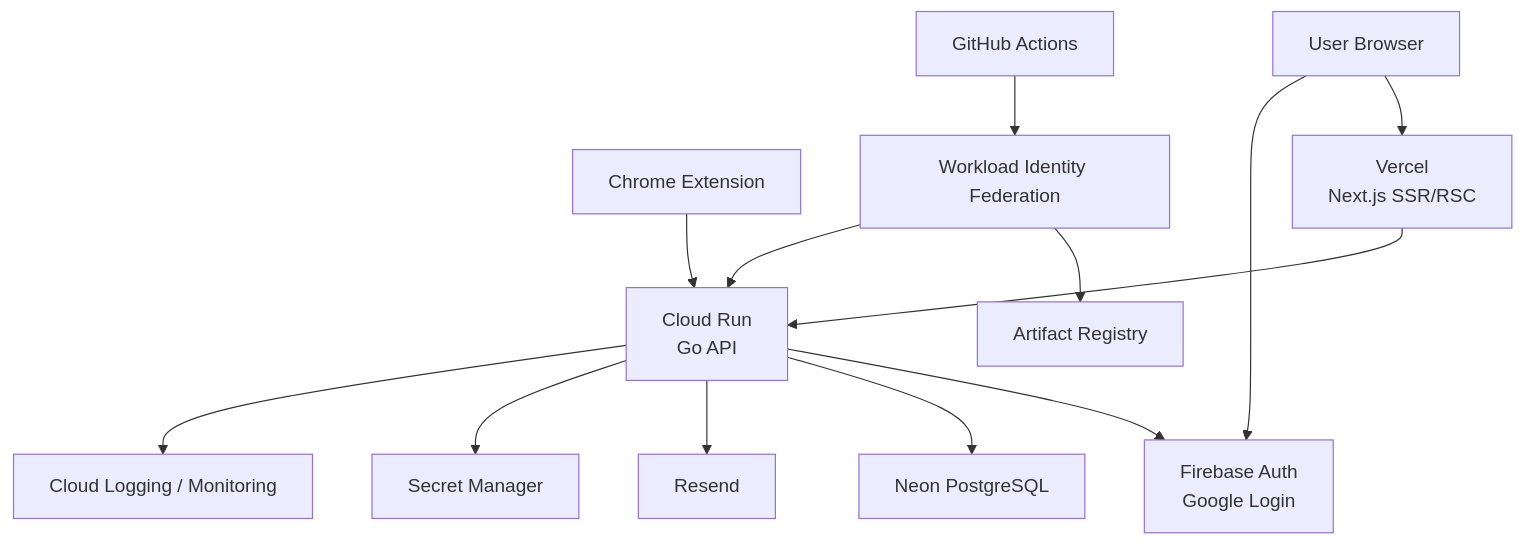
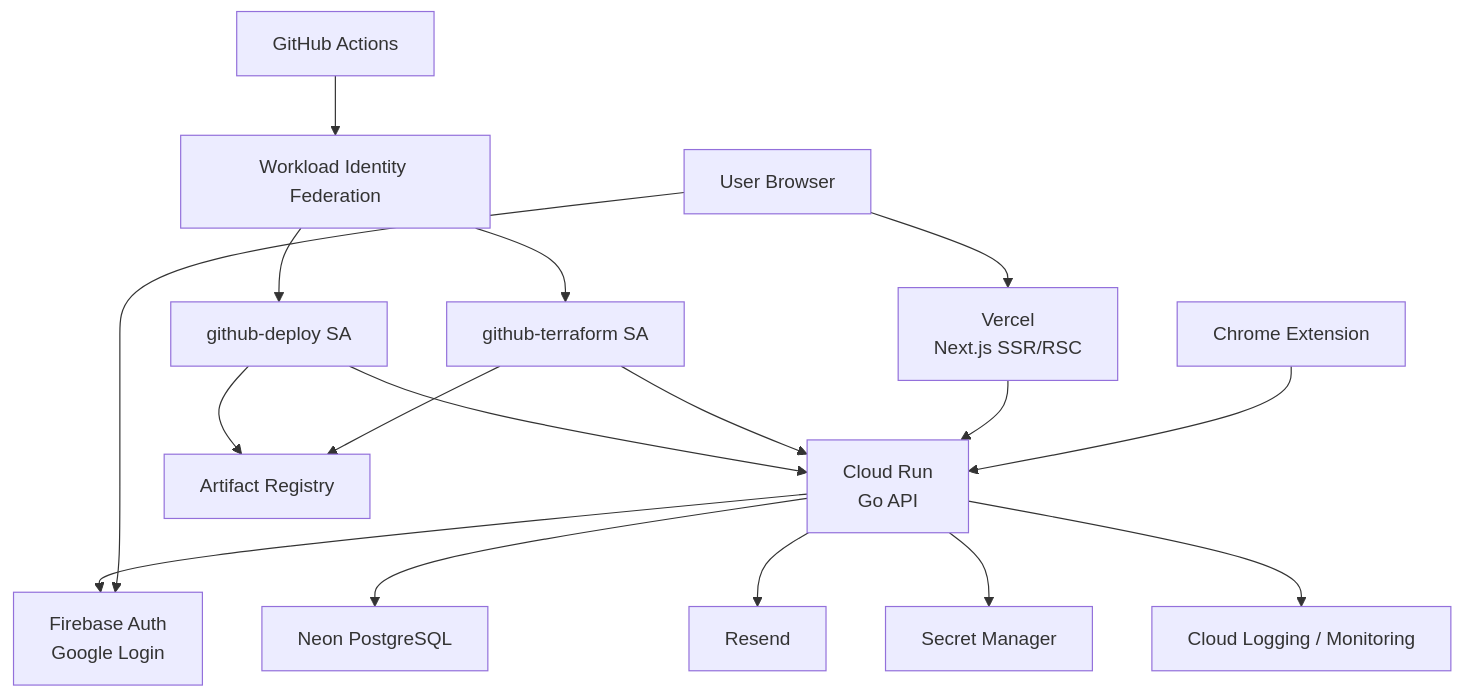
One commit to karimiku/job-hunting-saas changed the diagram in docs/beta-infrastructure-architecture.md. Above: the diagram before and after it, drawn with Mermaid. The commit also changed other lines of this file and 14 other files, not shown here.

````diff
--- a/docs/beta-infrastructure-architecture.md
+++ b/docs/beta-infrastructure-architecture.md
@@ -32,28 +32,34 @@
 ```mermaid
 flowchart TD
   User["User Browser"]
   Extension["Chrome Extension"]
   Vercel["Vercel\nNext.js SSR/RSC"]
   CloudRun["Cloud Run\nGo API"]
   Firebase["Firebase Auth\nGoogle Login"]
   Neon["Neon PostgreSQL"]
   Resend["Resend"]
   SecretManager["Secret Manager"]
   ArtifactRegistry["Artifact Registry"]
   Logging["Cloud Logging / Monitoring"]
   GitHub["GitHub Actions"]
   WIF["Workload Identity Federation"]
+  TerraformSA["github-terraform SA"]
+  DeploySA["github-deploy SA"]
 
   User --> Vercel
   User --> Firebase
   Extension --> CloudRun
   Vercel --> CloudRun
   CloudRun --> Firebase
   CloudRun --> Neon
   CloudRun --> Resend
   CloudRun --> SecretManager
   CloudRun --> Logging
   GitHub --> WIF
-  WIF --> ArtifactRegistry
-  WIF --> CloudRun
+  WIF --> TerraformSA
+  WIF --> DeploySA
+  TerraformSA --> ArtifactRegistry
+  TerraformSA --> CloudRun
+  DeploySA --> ArtifactRegistry
+  DeploySA --> CloudRun
 ```
````
